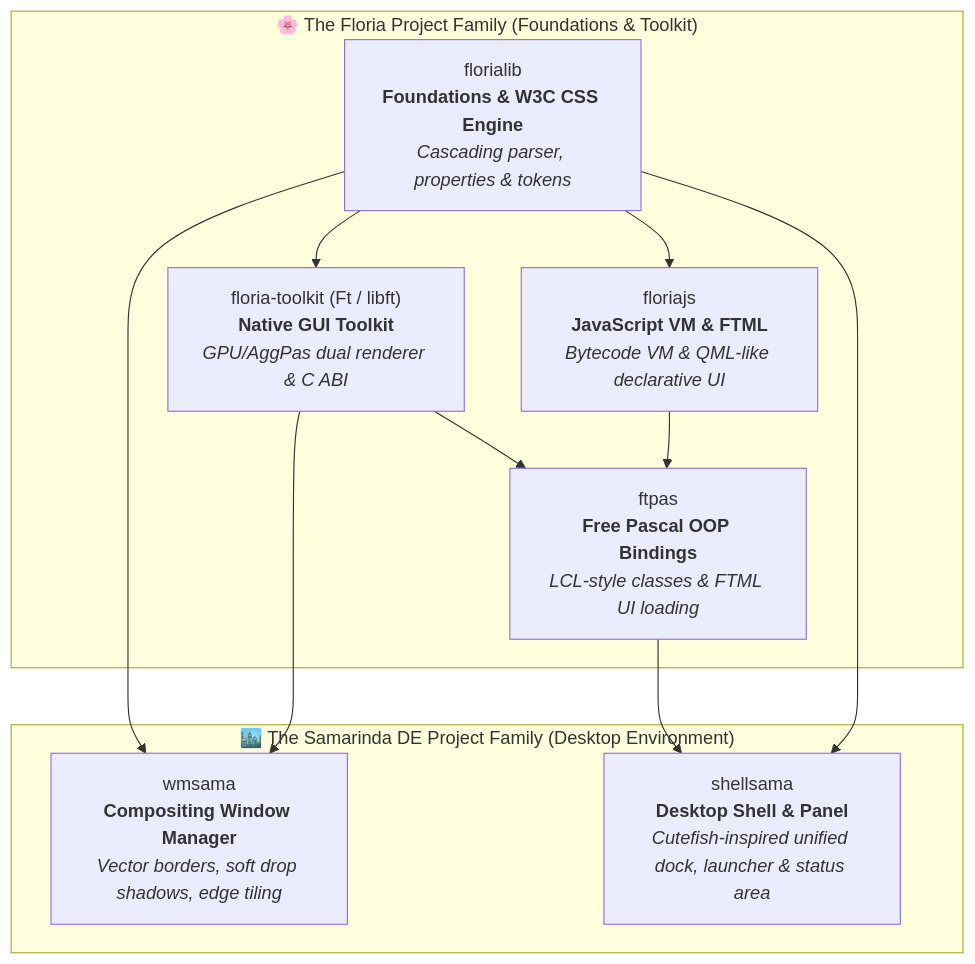
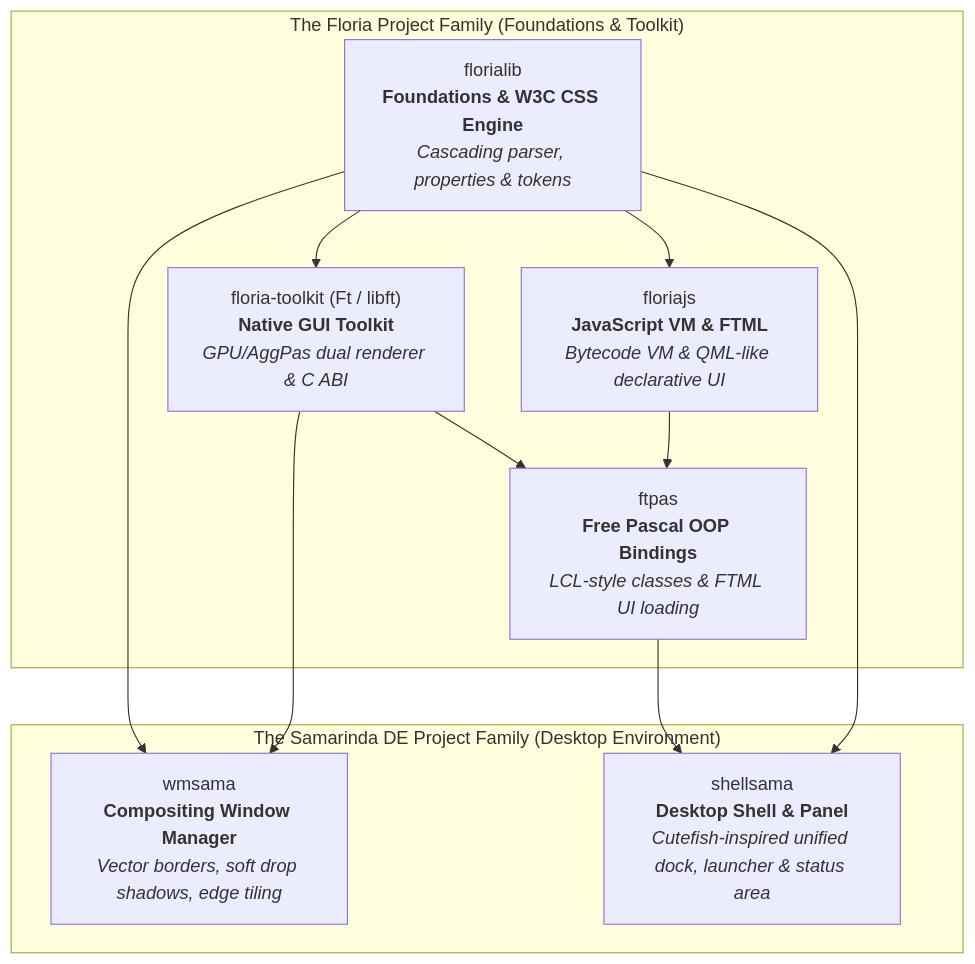
Before and after one commit to kiranaproject/.github: the diagram in profile/README.md, drawn with Mermaid. The commit also changed other lines of this file, not shown here.

````diff
--- a/profile/README.md
+++ b/profile/README.md
@@ -15,24 +15,24 @@
 ```mermaid
 graph TD
-    subgraph Floria["🌸 The Floria Project Family (Foundations & Toolkit)"]
+    subgraph Floria["The Floria Project Family (Foundations & Toolkit)"]
         FloriaLib["florialib<br/><b>Foundations & W3C CSS Engine</b><br/><i>Cascading parser, properties & tokens</i>"]
         Ft["floria-toolkit (Ft / libft)<br/><b>Native GUI Toolkit</b><br/><i>GPU/AggPas dual renderer & C ABI</i>"]
         FloriaJS["floriajs<br/><b>JavaScript VM & FTML</b><br/><i>Bytecode VM & QML-like declarative UI</i>"]
         FtPas["ftpas<br/><b>Free Pascal OOP Bindings</b><br/><i>LCL-style classes & FTML UI loading</i>"]
 
         FloriaLib --> Ft
         FloriaLib --> FloriaJS
         Ft --> FtPas
         FloriaJS --> FtPas
     end
 
-    subgraph Samarinda["🏙️ The Samarinda DE Project Family (Desktop Environment)"]
+    subgraph Samarinda["The Samarinda DE Project Family (Desktop Environment)"]
         Wmsama["wmsama<br/><b>Compositing Window Manager</b><br/><i>Vector borders, soft drop shadows, edge tiling</i>"]
         Shellsama["shellsama<br/><b>Desktop Shell & Panel</b><br/><i>Cutefish-inspired unified dock, launcher & status area</i>"]
 
         FloriaLib --> Wmsama
         Ft --> Wmsama
         FtPas --> Shellsama
         FloriaLib --> Shellsama
     end
 ```
````
